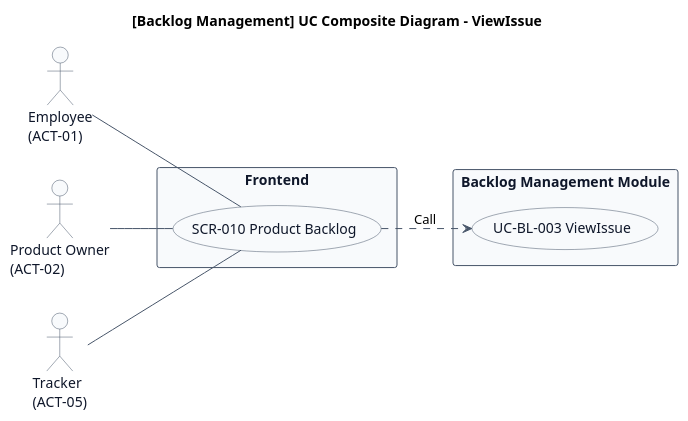
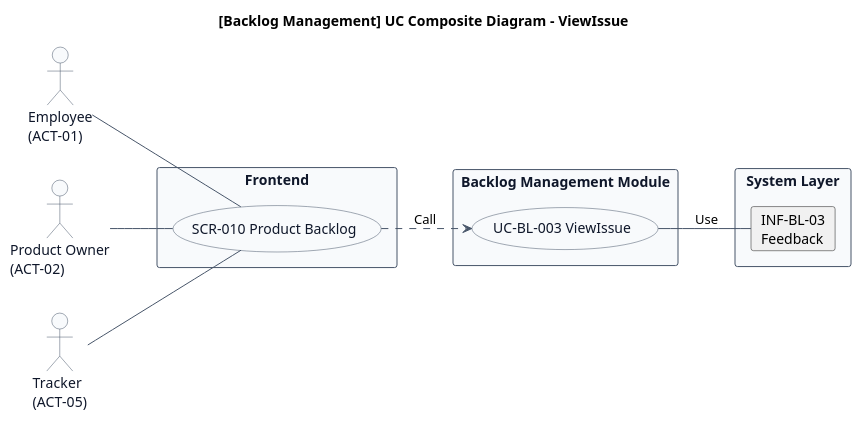
One commit to mizo432/modulith-learning changed the first of 2 diagrams in docs/22 要件定義書/AG アジルーム/03 機能要件/AG-02 要求バックログ管理/03.システム境界/UC-BL-003 課題を参照する/UC複合図.md. Above: the diagram before and after it, drawn with PlantUML. The commit also changed other lines of this file and 209 other files, not shown here.

````diff
--- a/docs/22 要件定義書/AG アジルーム/03 機能要件/AG-02 要求バックログ管理/03.システム境界/UC-BL-003 課題を参照する/UC複合図.md
+++ b/docs/22 要件定義書/AG アジルーム/03 機能要件/AG-02 要求バックログ管理/03.システム境界/UC-BL-003 課題を参照する/UC複合図.md
@@ -11,40 +11,45 @@
 ```plantuml
 title [Backlog Management] UC Composite Diagram - ViewIssue
 left to right direction
 
 skinparam usecase {
   BackgroundColor #F8FAFC
   BorderColor #475569
   FontColor #0F172A
 }
 skinparam actor {
   BackgroundColor #F8FAFC
   BorderColor #475569
   FontColor #0F172A
 }
 skinparam rectangle {
   BackgroundColor #F8FAFC
   BorderColor #475569
   FontColor #0F172A
 }
 skinparam arrowColor #475569
 skinparam shadowing false
 
 actor "Employee\n(ACT-01)" as ACT1
 actor "Product Owner\n(ACT-02)" as ACT2
 actor "Tracker\n(ACT-05)" as ACT3
 
 rectangle "Frontend" {
   usecase "SCR-010 Product Backlog" as SCR
 }
 
 rectangle "Backlog Management Module" {
   usecase "UC-BL-003 ViewIssue" as UC
 }
 
+rectangle "System Layer" {
+  card "INF-BL-03\nFeedback" as INF03
+}
+
 ACT1 -- SCR
 ACT2 -- SCR
 ACT3 -- SCR
 SCR ..> UC : Call
+UC -- INF03 : Use
 @enduml
 ```
````
